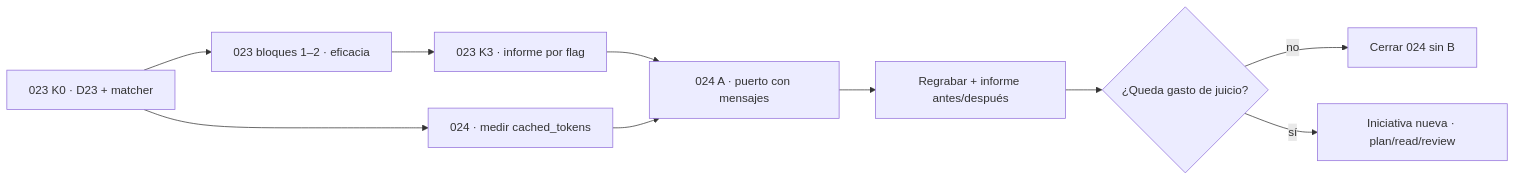
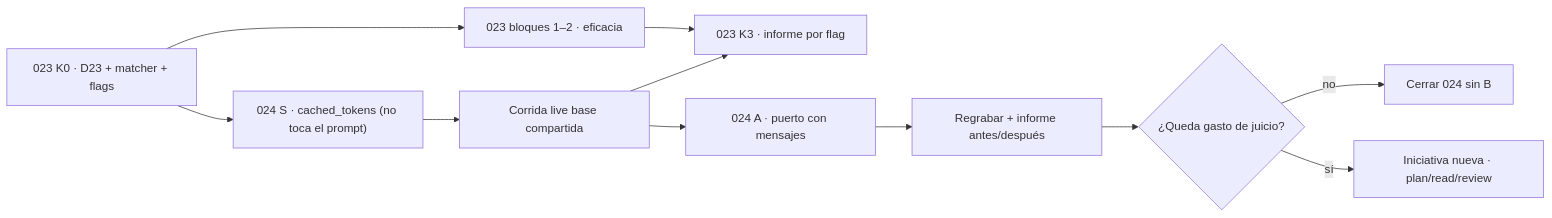
One commit to pcgarat/agent-review-langgraph changed the diagram in docs/iniciativas/024-contexto-conversacional-del-bucle/spec.md. Above: the diagram before and after it, drawn with Mermaid. The commit also changed other lines of this file and 6 other files, not shown here.

First line of the commit message:
docs(024): aprueba la iniciativa y ordena la medida de cached_tokens antes de las corridas live

````diff
--- a/docs/iniciativas/024-contexto-conversacional-del-bucle/spec.md
+++ b/docs/iniciativas/024-contexto-conversacional-del-bucle/spec.md
@@ -341,12 +341,13 @@
 ```mermaid
 flowchart LR
-    K0["023 K0 · D23 + matcher"] --> M["024 · medir cached_tokens"]
+    K0["023 K0 · D23 + matcher + flags"] --> S["024 S · cached_tokens (no toca el prompt)"]
     K0 --> E["023 bloques 1–2 · eficacia"]
     E --> K3["023 K3 · informe por flag"]
-    K3 --> A["024 A · puerto con mensajes"]
-    M --> A
+    S --> LB["Corrida live base compartida"]
+    LB --> K3
+    LB --> A["024 A · puerto con mensajes"]
     A --> R["Regrabar + informe antes/después"]
     R --> D{"¿Queda gasto de juicio?"}
     D -->|"no"| X["Cerrar 024 sin B"]
     D -->|"sí"| B["Iniciativa nueva · plan/read/review"]
 ```
````
